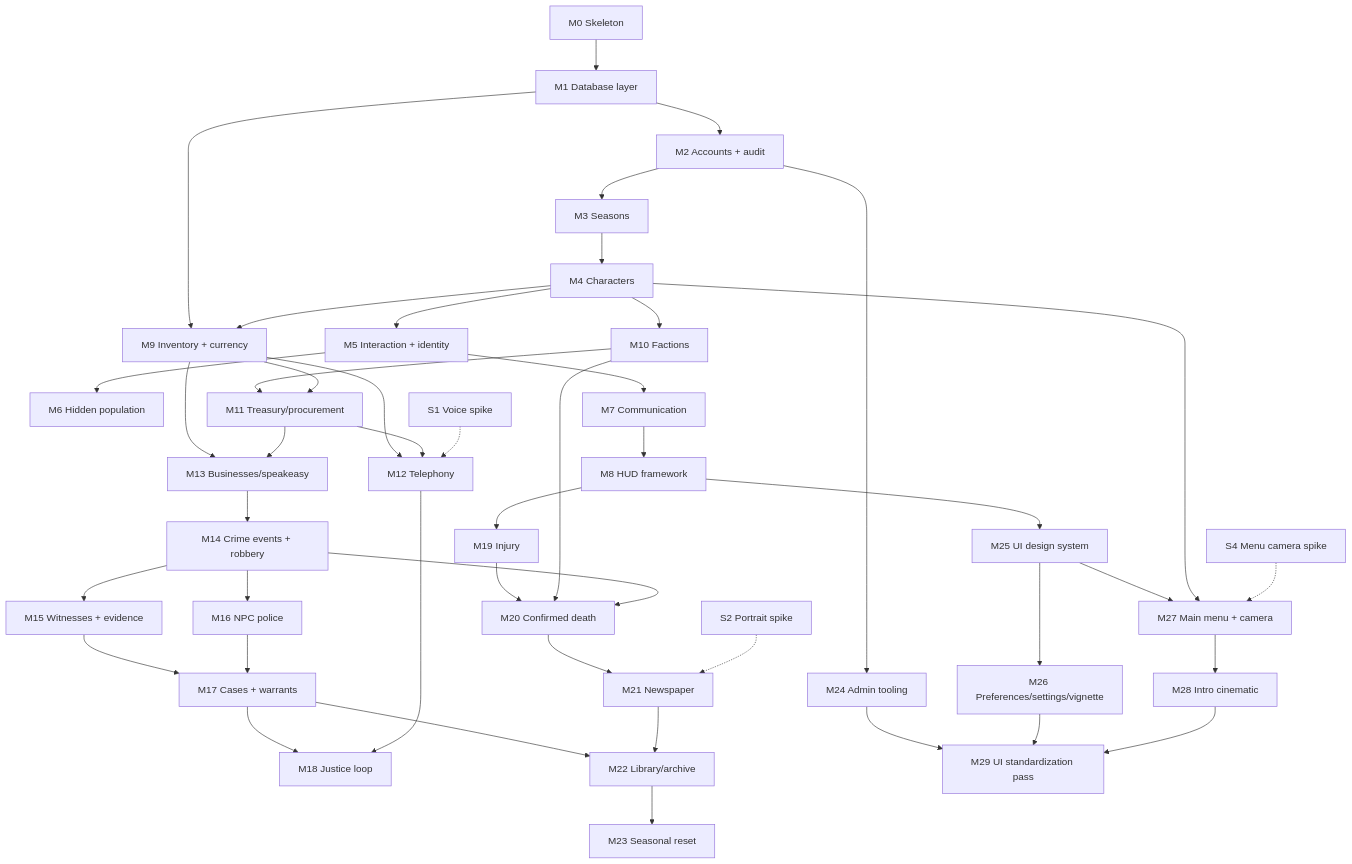
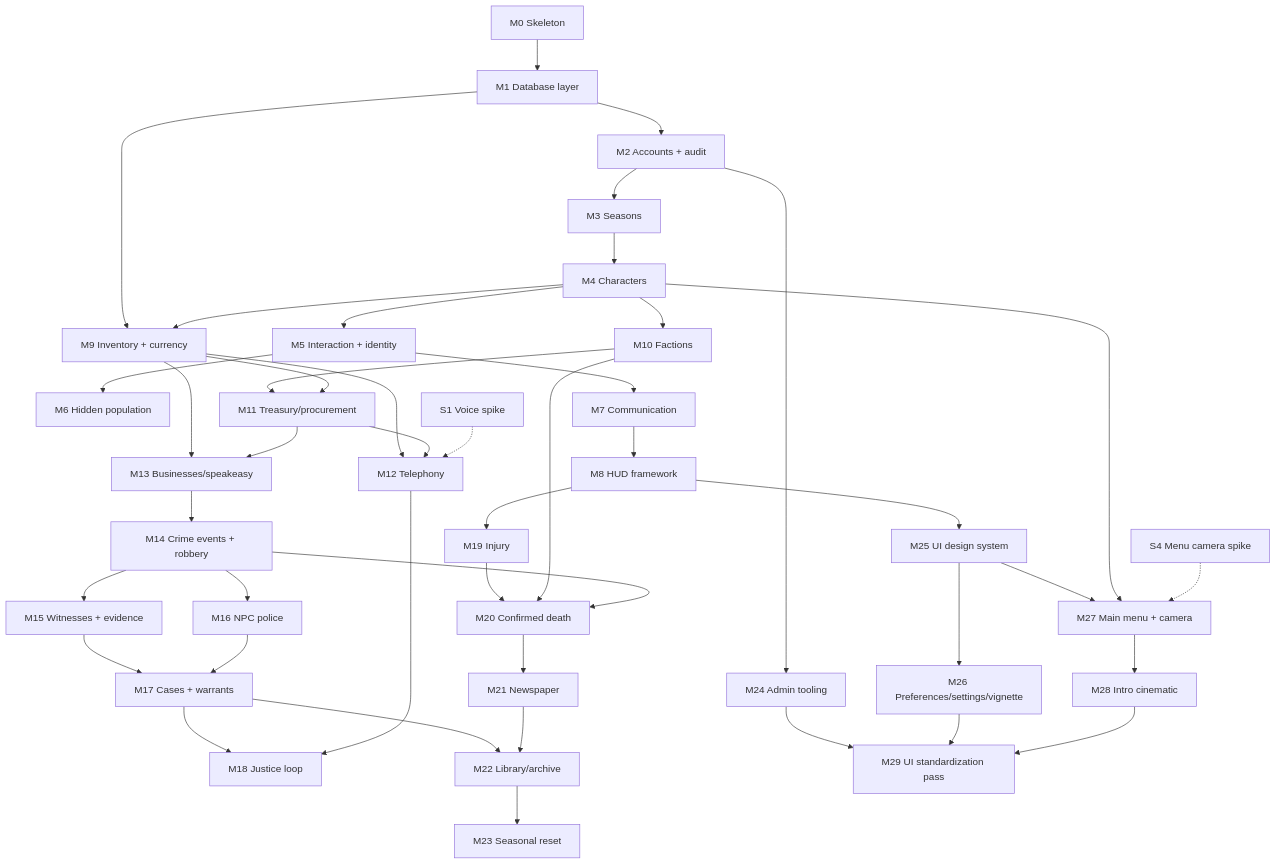
Before and after one commit to mainstaymist/omertarp: the diagram in docs/review/02_development_roadmap.md, drawn with Mermaid. The commit also changed other lines of this file and 3 other files, not shown here.

````diff
--- a/docs/review/02_development_roadmap.md
+++ b/docs/review/02_development_roadmap.md
@@ -213,36 +215,35 @@
 ```mermaid
 graph TD
     M0[M0 Skeleton] --> M1[M1 Database layer]
     M1 --> M2[M2 Accounts + audit] --> M3[M3 Seasons] --> M4[M4 Characters]
     M4 --> M5[M5 Interaction + identity] --> M6[M6 Hidden population]
     M5 --> M7[M7 Communication] --> M8[M8 HUD framework]
     M1 --> M9[M9 Inventory + currency]
     M4 --> M9
     M4 --> M10[M10 Factions] --> M11[M11 Treasury/procurement]
     M9 --> M11
     M9 --> M12[M12 Telephony]
     M11 --> M12
     S1[S1 Voice spike] -.-> M12
     M9 --> M13[M13 Businesses/speakeasy]
     M11 --> M13
     M13 --> M14[M14 Crime events + robbery] --> M15[M15 Witnesses + evidence] --> M17[M17 Cases + warrants]
     M14 --> M16[M16 NPC police] --> M17
     M17 --> M18[M18 Justice loop]
     M12 --> M18
     M8 --> M19[M19 Injury] --> M20[M20 Confirmed death]
     M10 --> M20
     M14 --> M20
     M20 --> M21[M21 Newspaper]
-    S2[S2 Portrait spike] -.-> M21
     M17 --> M22[M22 Library/archive]
     M21 --> M22 --> M23[M23 Seasonal reset]
     M2 --> M24[M24 Admin tooling]
     M8 --> M25[M25 UI design system] --> M26[M26 Preferences/settings/vignette]
     M25 --> M27[M27 Main menu + camera]
     M4 --> M27
     S4[S4 Menu camera spike] -.-> M27
     M27 --> M28[M28 Intro cinematic]
     M24 --> M29[M29 UI standardization pass]
     M26 --> M29
     M28 --> M29
 ```
````
